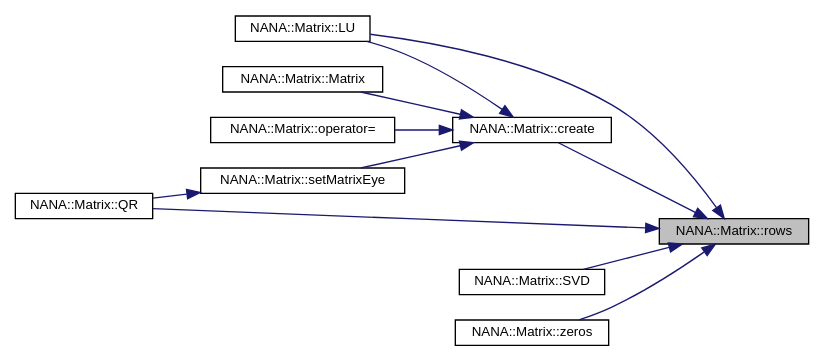
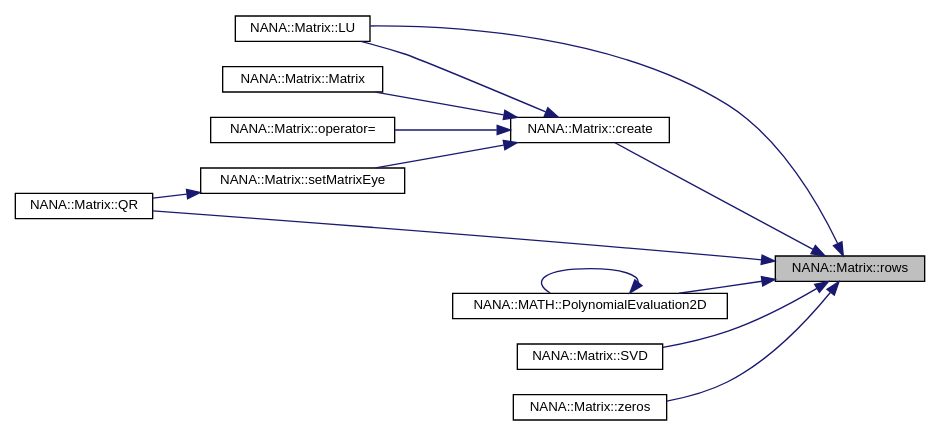
Before and after one commit to YuruTu/NANA: the diagram in docs/class_n_a_n_a_1_1_matrix_a59af2b31be0c8625466dea7fa5a36afa_icgraph.dot, drawn with Graphviz. The commit also changed 105 other files, not shown here.

```diff
--- a/docs/class_n_a_n_a_1_1_matrix_a59af2b31be0c8625466dea7fa5a36afa_icgraph.dot
+++ b/docs/class_n_a_n_a_1_1_matrix_a59af2b31be0c8625466dea7fa5a36afa_icgraph.dot
@@ -1,26 +1,29 @@
 digraph "NANA::Matrix::rows"
 {
  // LATEX_PDF_SIZE
   edge [fontname="Helvetica",fontsize="10",labelfontname="Helvetica",labelfontsize="10"];
   node [fontname="Helvetica",fontsize="10",shape=record];
   rankdir="RL";
   Node1 [label="NANA::Matrix::rows",height=0.2,width=0.4,color="black", fillcolor="grey75", style="filled", fontcolor="black",tooltip="获取矩阵的行数"];
   Node1 -> Node2 [dir="back",color="midnightblue",fontsize="10",style="solid",fontname="Helvetica"];
   Node2 [label="NANA::Matrix::create",height=0.2,width=0.4,color="black", fillcolor="white", style="filled",URL="$class_n_a_n_a_1_1_matrix.html#a9143733c65d050c962bb9ea8fe03d19b",tooltip="申请内存"];
   Node2 -> Node3 [dir="back",color="midnightblue",fontsize="10",style="solid",fontname="Helvetica"];
   Node3 [label="NANA::Matrix::LU",height=0.2,width=0.4,color="black", fillcolor="white", style="filled",URL="$class_n_a_n_a_1_1_matrix.html#a4fa999237fe4b55b662bcd8e38707d1e",tooltip="实现矩阵的LU分解"];
   Node2 -> Node4 [dir="back",color="midnightblue",fontsize="10",style="solid",fontname="Helvetica"];
   Node4 [label="NANA::Matrix::Matrix",height=0.2,width=0.4,color="black", fillcolor="white", style="filled",URL="$class_n_a_n_a_1_1_matrix.html#a200779713f922b3c87ad193b3ea7f6b4",tooltip="构造函数，主动申请与管理内存"];
   Node2 -> Node5 [dir="back",color="midnightblue",fontsize="10",style="solid",fontname="Helvetica"];
   Node5 [label="NANA::Matrix::operator=",height=0.2,width=0.4,color="black", fillcolor="white", style="filled",URL="$class_n_a_n_a_1_1_matrix.html#af8f91cc9e267b3c55d0b8e6cb80351c4",tooltip="等于时"];
   Node2 -> Node6 [dir="back",color="midnightblue",fontsize="10",style="solid",fontname="Helvetica"];
   Node6 [label="NANA::Matrix::setMatrixEye",height=0.2,width=0.4,color="black", fillcolor="white", style="filled",URL="$class_n_a_n_a_1_1_matrix.html#a0a5423a5d4ad70b3225216b7a6542ee4",tooltip="将当前矩阵设置为单位矩阵"];
   Node6 -> Node7 [dir="back",color="midnightblue",fontsize="10",style="solid",fontname="Helvetica"];
   Node7 [label="NANA::Matrix::QR",height=0.2,width=0.4,color="black", fillcolor="white", style="filled",URL="$class_n_a_n_a_1_1_matrix.html#aa7c0b878879e366512929f60b01b883b",tooltip="基于豪斯荷尔德变换实现矩阵的QR分解"];
   Node1 -> Node3 [dir="back",color="midnightblue",fontsize="10",style="solid",fontname="Helvetica"];
+  Node1 -> Node8 [dir="back",color="midnightblue",fontsize="10",style="solid",fontname="Helvetica"];
+  Node8 [label="NANA::MATH::PolynomialEvaluation2D",height=0.2,width=0.4,color="black", fillcolor="white", style="filled",URL="$polynomialevaluation_8hpp.html#af878aea278122eda8be688e6a205c001",tooltip="二维多项式求值"];
+  Node8 -> Node8 [dir="back",color="midnightblue",fontsize="10",style="solid",fontname="Helvetica"];
   Node1 -> Node7 [dir="back",color="midnightblue",fontsize="10",style="solid",fontname="Helvetica"];
-  Node1 -> Node8 [dir="back",color="midnightblue",fontsize="10",style="solid",fontname="Helvetica"];
-  Node8 [label="NANA::Matrix::SVD",height=0.2,width=0.4,color="black", fillcolor="white", style="filled",URL="$class_n_a_n_a_1_1_matrix.html#a4775a59577813d3d7de3cd5f5f24b29d",tooltip="实现奇异值分解"];
   Node1 -> Node9 [dir="back",color="midnightblue",fontsize="10",style="solid",fontname="Helvetica"];
-  Node9 [label="NANA::Matrix::zeros",height=0.2,width=0.4,color="black", fillcolor="white", style="filled",URL="$class_n_a_n_a_1_1_matrix.html#aca43ab15a7bcbb1b79bba0e384064194",tooltip="生成全0矩阵"];
+  Node9 [label="NANA::Matrix::SVD",height=0.2,width=0.4,color="black", fillcolor="white", style="filled",URL="$class_n_a_n_a_1_1_matrix.html#a8352dc7654f5aa3b0739675226f506b3",tooltip="实现奇异值分解"];
+  Node1 -> Node10 [dir="back",color="midnightblue",fontsize="10",style="solid",fontname="Helvetica"];
+  Node10 [label="NANA::Matrix::zeros",height=0.2,width=0.4,color="black", fillcolor="white", style="filled",URL="$class_n_a_n_a_1_1_matrix.html#aca43ab15a7bcbb1b79bba0e384064194",tooltip="生成全0矩阵"];
 }
```
